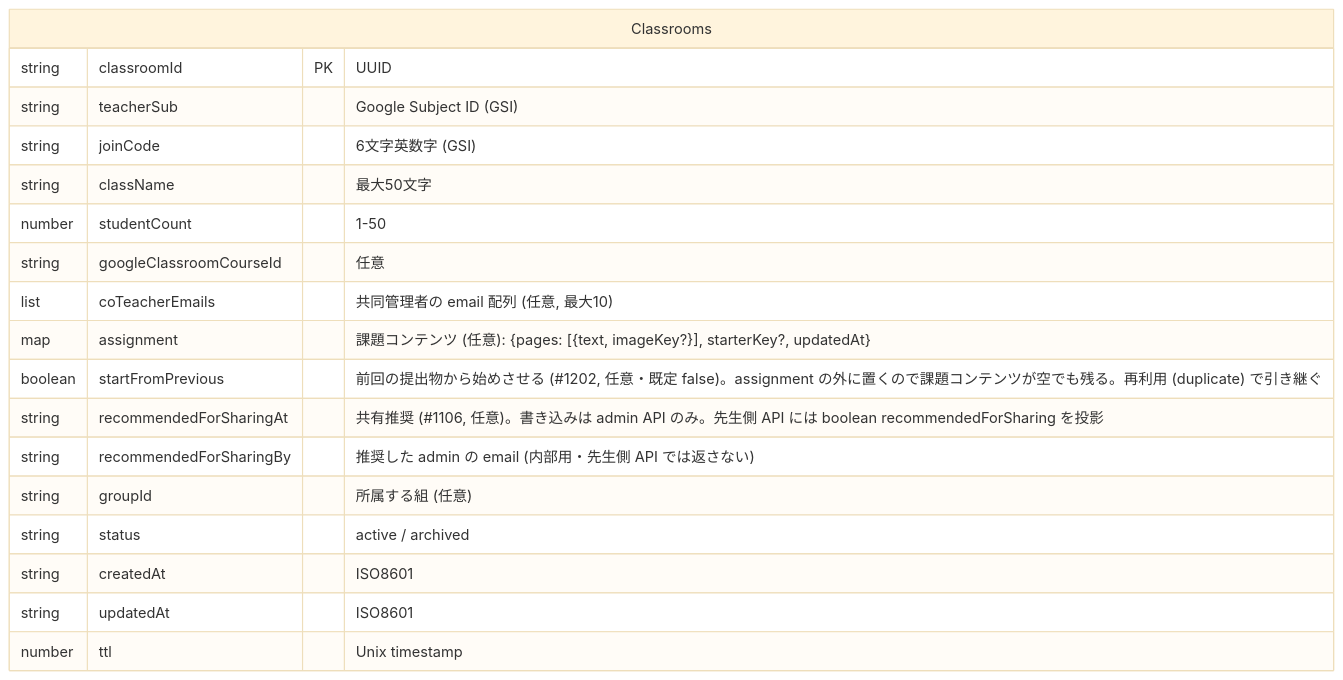
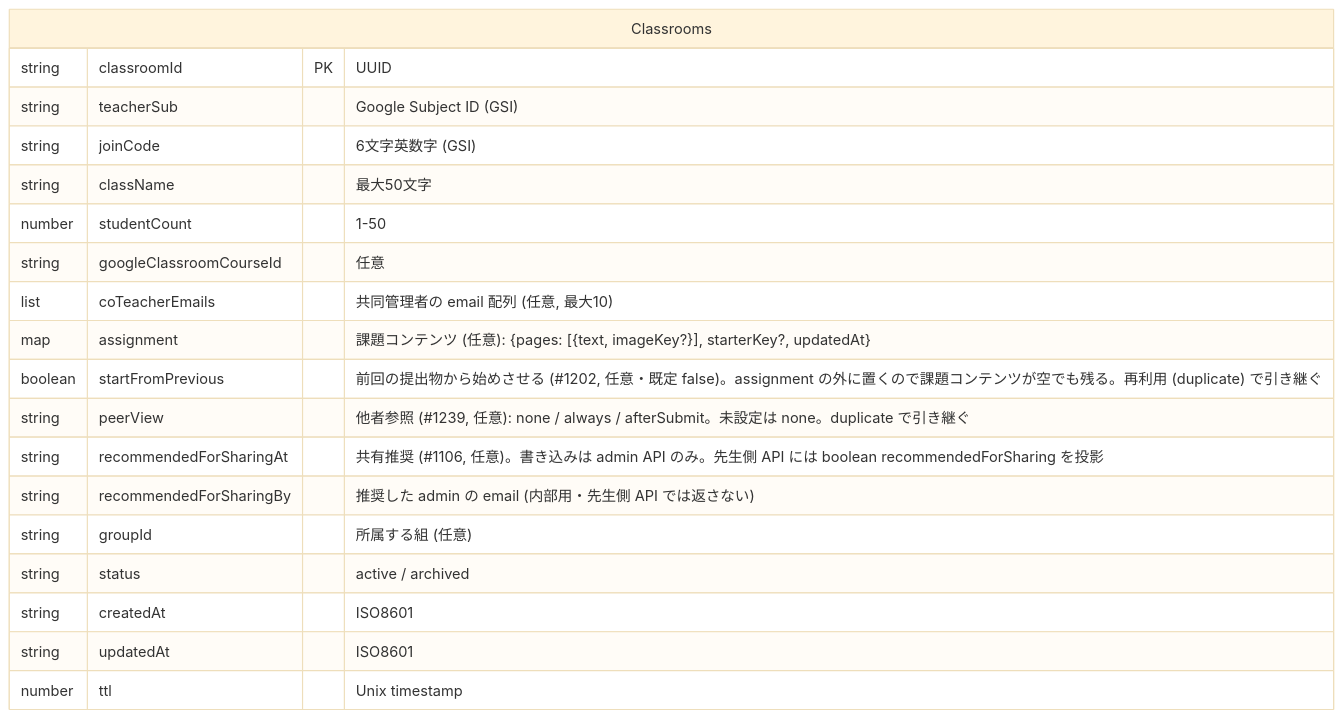
One commit to smalruby/smalruby3-editor changed the third of 8 diagrams in docs/classroom/architecture.md. Above: the diagram before and after it, drawn with Mermaid (base theme). The commit also changed other lines of this file and 5 other files, not shown here.

First line of the commit message:
feat(classroom-infra): add the peer view api and settings ahead of the gui

````diff
--- a/docs/classroom/architecture.md
+++ b/docs/classroom/architecture.md
@@ -321,21 +322,22 @@
 ```mermaid
 erDiagram
     Classrooms {
         string classroomId PK "UUID"
         string teacherSub "Google Subject ID (GSI)"
         string joinCode "6文字英数字 (GSI)"
         string className "最大50文字"
         number studentCount "1-50"
         string googleClassroomCourseId "任意"
         list coTeacherEmails "共同管理者の email 配列 (任意, 最大10)"
         map assignment "課題コンテンツ (任意): {pages: [{text, imageKey?}], starterKey?, updatedAt}"
         boolean startFromPrevious "前回の提出物から始めさせる (#1202, 任意・既定 false)。assignment の外に置くので課題コンテンツが空でも残る。再利用 (duplicate) で引き継ぐ"
+        string peerView "他者参照 (#1239, 任意): none / always / afterSubmit。未設定は none。duplicate で引き継ぐ"
         string recommendedForSharingAt "共有推奨 (#1106, 任意)。書き込みは admin API のみ。先生側 API には boolean recommendedForSharing を投影"
         string recommendedForSharingBy "推奨した admin の email (内部用・先生側 API では返さない)"
         string groupId "所属する組 (任意)"
         string status "active / archived"
         string createdAt "ISO8601"
         string updatedAt "ISO8601"
         number ttl "Unix timestamp"
     }
 ```
````
